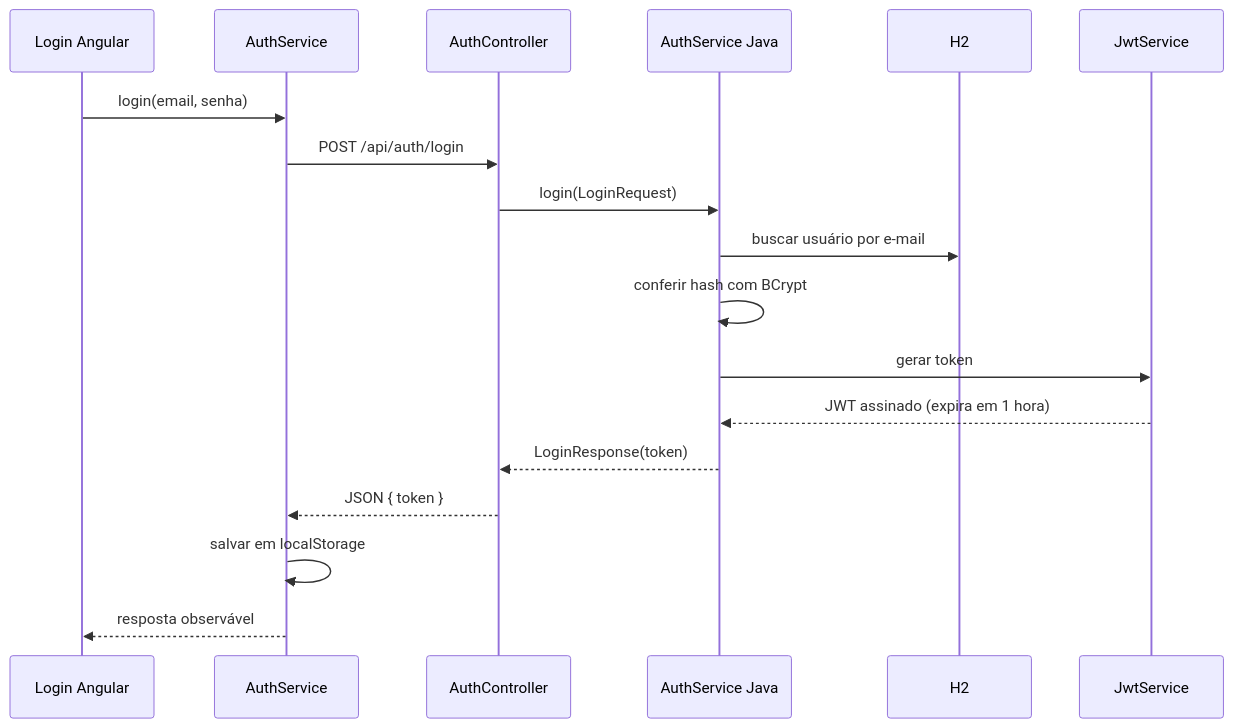
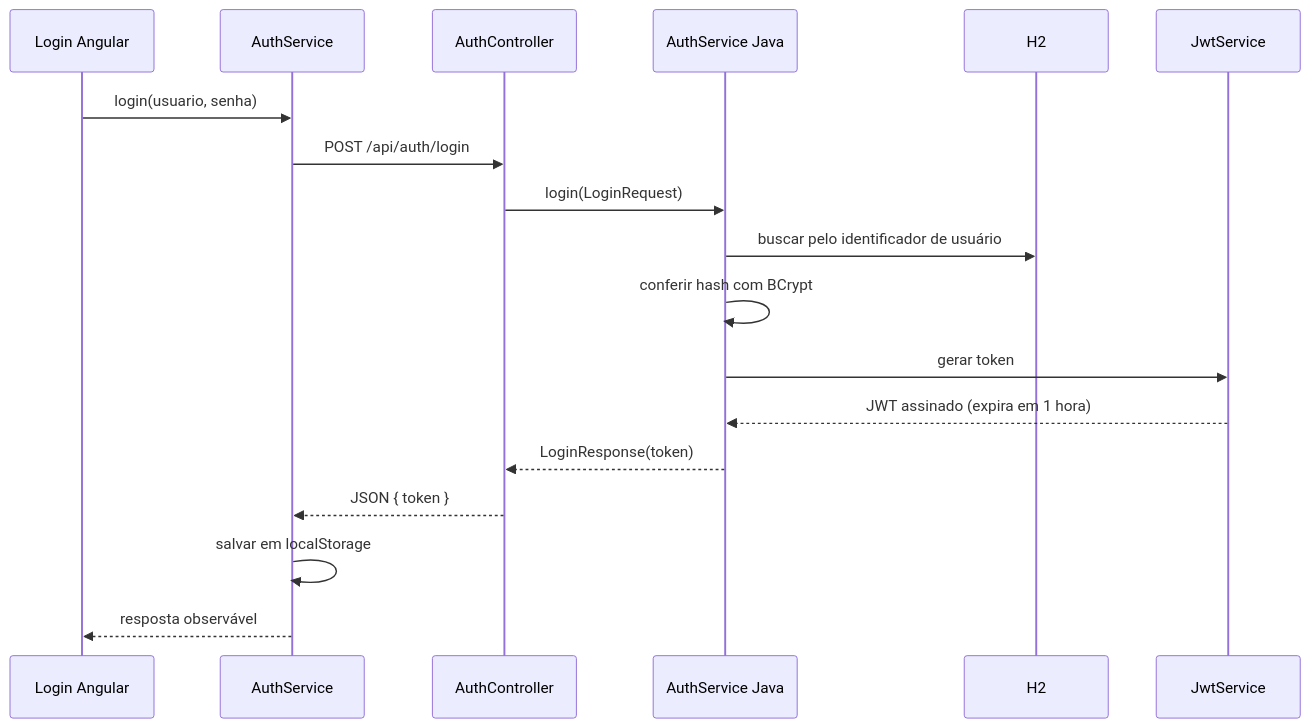
One commit to leticia-olivr/Sistema-gest-o-alunos changed the second of 2 diagrams in docs/arquitetura.md. Above: the diagram before and after it, drawn with Mermaid. The commit also changed other lines of this file and 19 other files, not shown here.

Commit message:
Implementa identificador e validacao de login

````diff
--- a/docs/arquitetura.md
+++ b/docs/arquitetura.md
@@ -60,20 +60,20 @@
 ```mermaid
 sequenceDiagram
 	participant UI as Login Angular
 	participant Auth as AuthService
 	participant API as AuthController
 	participant Service as AuthService Java
 	participant DB as H2
 	participant JWT as JwtService
-	UI->>Auth: login(email, senha)
+	UI->>Auth: login(usuario, senha)
 	Auth->>API: POST /api/auth/login
 	API->>Service: login(LoginRequest)
-	Service->>DB: buscar usuário por e-mail
+	Service->>DB: buscar pelo identificador de usuário
 	Service->>Service: conferir hash com BCrypt
 	Service->>JWT: gerar token
 	JWT-->>Service: JWT assinado (expira em 1 hora)
 	Service-->>API: LoginResponse(token)
 	API-->>Auth: JSON { token }
 	Auth->>Auth: salvar em localStorage
 	Auth-->>UI: resposta observável
 ```
````
